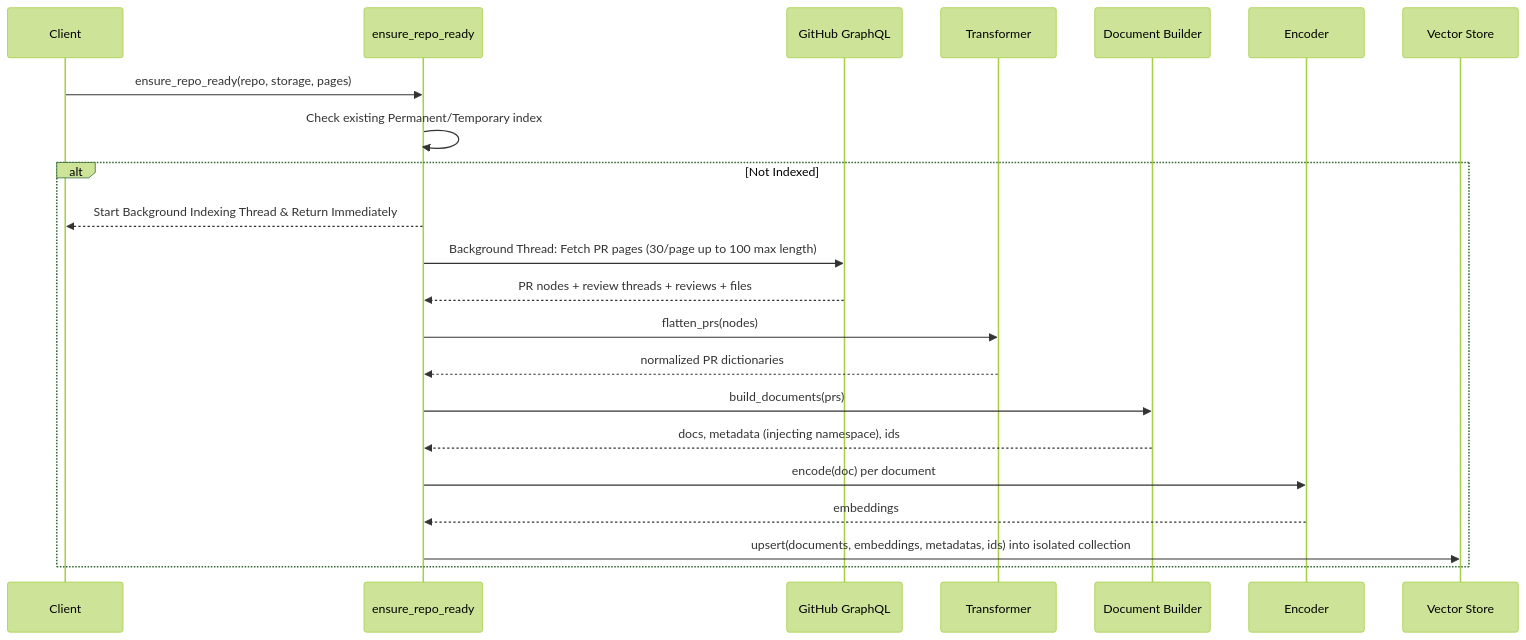
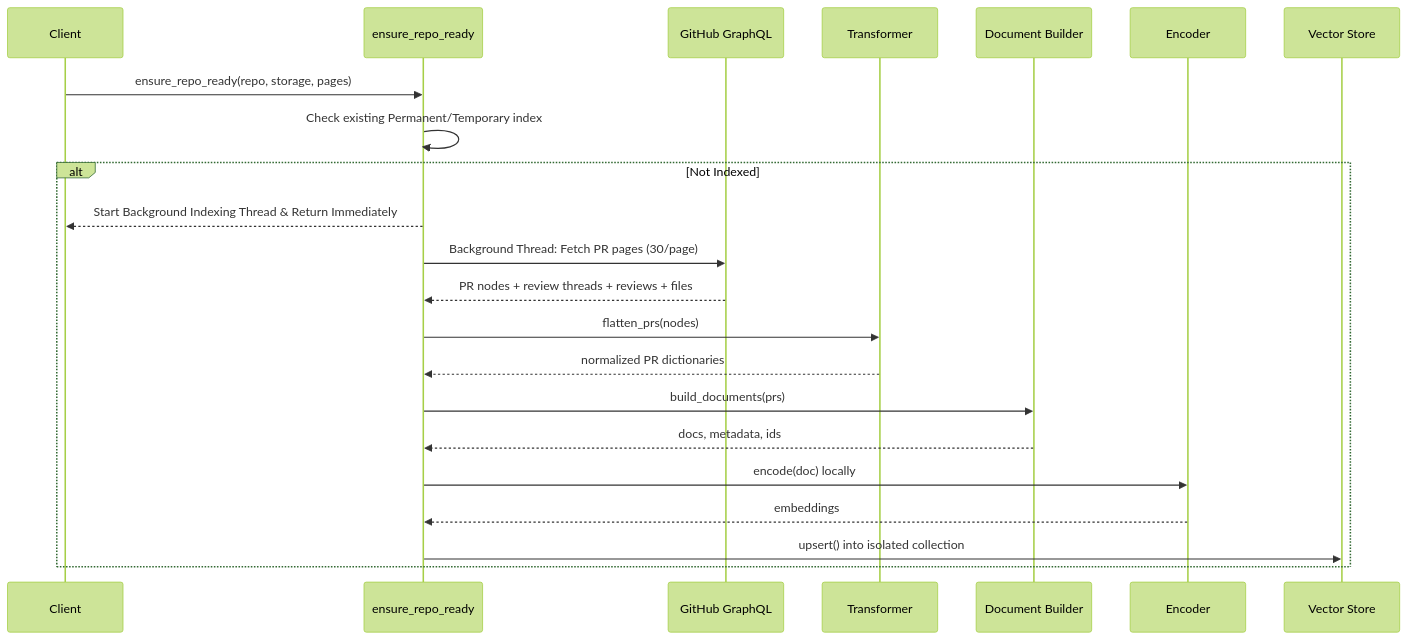
The second of 3 diagrams in docs/architecture.md (paarths-collab/github-pr-context-mcp), drawn with Mermaid (forest theme) before and after one commit. The commit also changed other lines of this file and 25 other files, not shown here.

````diff
--- a/docs/architecture.md
+++ b/docs/architecture.md
@@ -103,25 +97,25 @@
 ```mermaid
 sequenceDiagram
     participant C as Client
     participant S as ensure_repo_ready
     participant G as GitHub GraphQL
     participant X as Transformer
     participant B as Document Builder
     participant M as Encoder
     participant V as Vector Store
 
     C->>S: ensure_repo_ready(repo, storage, pages)
     S->>S: Check existing Permanent/Temporary index
     alt Not Indexed
         S-->>C: Start Background Indexing Thread & Return Immediately
-        S->>G: Background Thread: Fetch PR pages (30/page up to 100 max length)
+        S->>G: Background Thread: Fetch PR pages (30/page)
         G-->>S: PR nodes + review threads + reviews + files
         S->>X: flatten_prs(nodes)
         X-->>S: normalized PR dictionaries
         S->>B: build_documents(prs)
-        B-->>S: docs, metadata (injecting namespace), ids
-        S->>M: encode(doc) per document
+        B-->>S: docs, metadata, ids
+        S->>M: encode(doc) locally
         M-->>S: embeddings
-        S->>V: upsert(documents, embeddings, metadatas, ids) into isolated collection
+        S->>V: upsert() into isolated collection
     end
 ```
````
